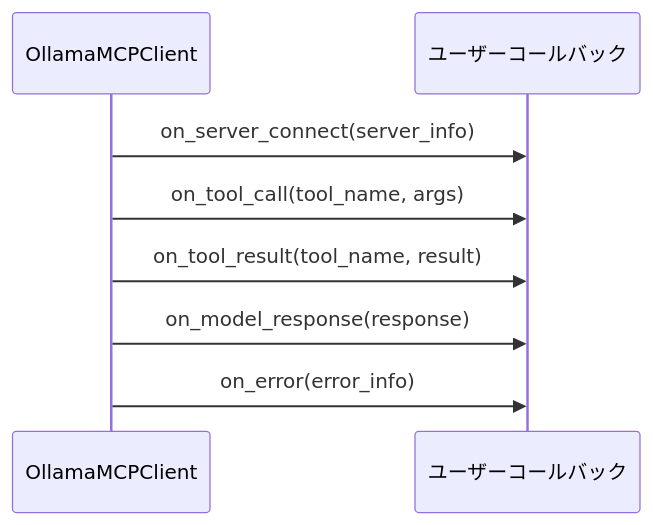
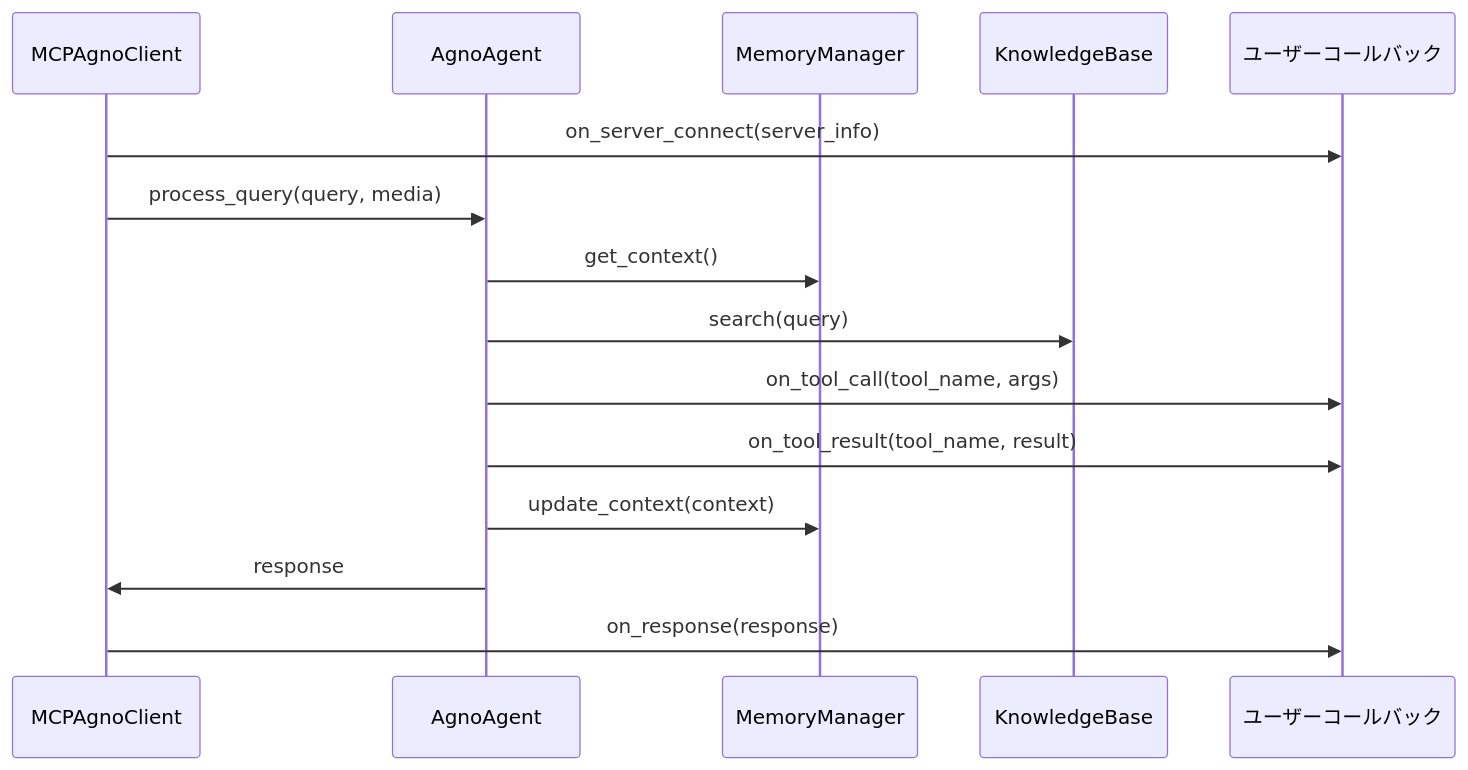
One commit to NewAITees/ollama-mcp-client-webapp changed the fifth of 5 diagrams in docs/API_DOCUMENTATION.md. Above: the diagram before and after it, drawn with Mermaid. The commit also changed other lines of this file and 18 other files, not shown here.

First line of the commit message:
Refactor Ollama MCP Client & Agent to integrate Agno framework and enhance multimodal capabilities

````diff
--- a/docs/API_DOCUMENTATION.md
+++ b/docs/API_DOCUMENTATION.md
@@ -182,11 +190,18 @@
 ```mermaid
 sequenceDiagram
-    participant Client as OllamaMCPClient
+    participant Client as MCPAgnoClient
+    participant Agent as AgnoAgent
+    participant Memory as MemoryManager
+    participant Knowledge as KnowledgeBase
     participant Callback as ユーザーコールバック
     
     Client->>Callback: on_server_connect(server_info)
-    Client->>Callback: on_tool_call(tool_name, args)
-    Client->>Callback: on_tool_result(tool_name, result)
-    Client->>Callback: on_model_response(response)
-    Client->>Callback: on_error(error_info)
+    Client->>Agent: process_query(query, media)
+    Agent->>Memory: get_context()
+    Agent->>Knowledge: search(query)
+    Agent->>Callback: on_tool_call(tool_name, args)
+    Agent->>Callback: on_tool_result(tool_name, result)
+    Agent->>Memory: update_context(context)
+    Agent->>Client: response
+    Client->>Callback: on_response(response)
 ```
````
